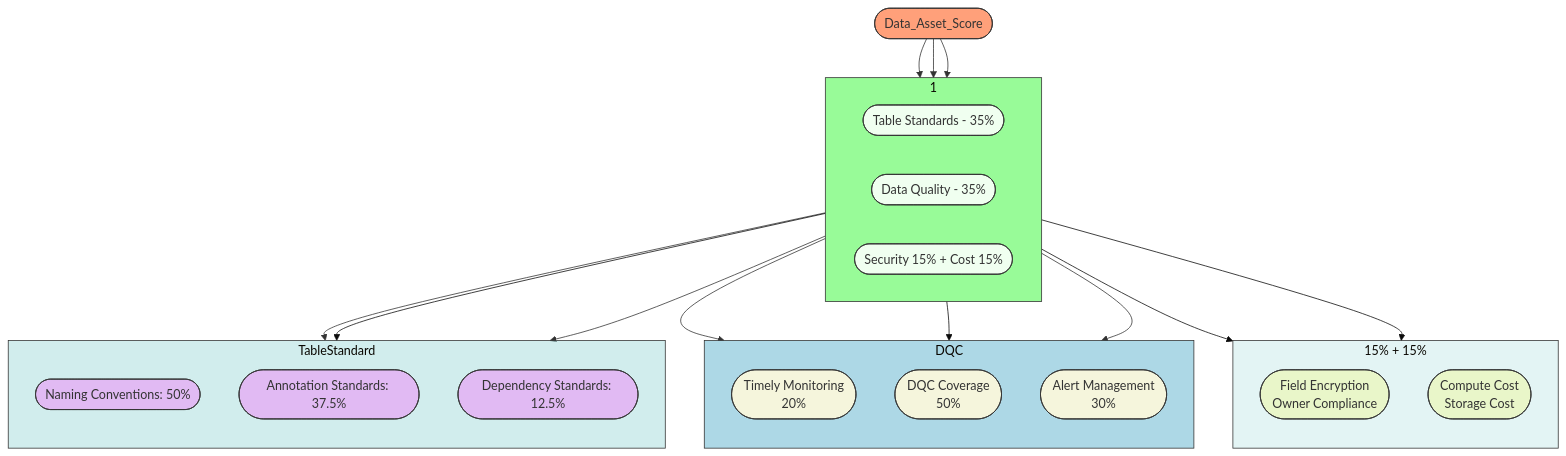
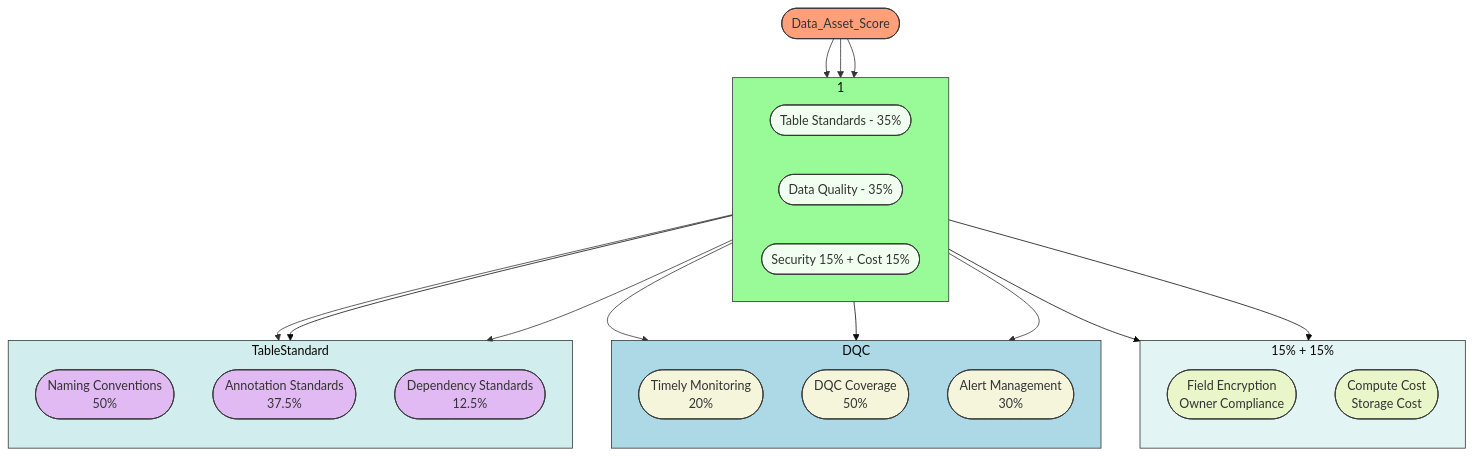
The first of 3 diagrams in README.md (blaire101/data-warehouse-solutions), drawn with Mermaid (base theme) before and after one commit.

````diff
--- a/README.md
+++ b/README.md
@@ -19,62 +19,62 @@
 ```mermaid
 flowchart TD
  subgraph SG_DataAssetScore["1"]
     direction LR
         DAS_A(["Table Standards - 35%"])
         DAS_B(["Data Quality - 35%"])
         DAS_C(["Security 15% + Cost 15%"])
   end
 
 
  subgraph DAS_SECO["15% + 15%"]
     direction TB
         SECO_A(["Field Encryption <br>Owner Compliance"])
         SECO_B(["Compute Cost <br>Storage Cost"])
  end
 
  subgraph DAS_DataQuality["DQC"]
     direction TB
         DQ_A(["Timely Monitoring <br> 20%"])
         DQ_B(["DQC Coverage <br> 50%"])
         DQ_C(["Alert Management <br> 30%"])
  end
 
 
  subgraph DAS_Standard["TableStandard"]
     direction TB
-        ST_A(["Naming Conventions: 50%"])
-        ST_B(["Annotation Standards: 37.5%"])
-        ST_C(["Dependency Standards: 12.5%"])
+        ST_A(["Naming Conventions <br> 50%"])
+        ST_B(["Annotation Standards <br> 37.5%"])
+        ST_C(["Dependency Standards <br> 12.5%"])
  end
 
 
     DAS(["Data_Asset_Score"]) --> DAS_A & DAS_B & DAS_C
     DAS_A --> ST_A & ST_B & ST_C
     DAS_B --> DQ_A & DQ_B & DQ_C
     DAS_C --> SECO_A & SECO_B
 
     style ST_A fill:#F0FFF0,stroke:#333,stroke-width:2px %% Keep very pale green
     style DAS_A fill:#F0FFF0,stroke:#333,stroke-width:2px %% Keep very pale green
     style DAS_B fill:#F0FFF0,stroke:#333,stroke-width:2px %% Keep very pale green
     style DAS_C fill:#F0FFF0,stroke:#333,stroke-width:2px %% Keep very pale green
     style DQ_A fill:#F5F5DC,stroke:#333,stroke-width:2px %% Keep beige
     style DQ_B fill:#F5F5DC,stroke:#333,stroke-width:2px %% Keep beige
     style DQ_C fill:#F5F5DC,stroke:#333,stroke-width:2px %% Keep beige
     style ST_A fill:#F5F5,stroke:#333,stroke-width:1px %% Keep beige
     style ST_B fill:#F5F5,stroke:#333,stroke-width:1px %% Keep beige
     style ST_C fill:#F5F5,stroke:#333,stroke-width:1px %% Keep beige
     style SECO_A fill:#FF23,stroke:#333,stroke-width:2px %% Keep beige
     style SECO_B fill:#FF23,stroke:#333,stroke-width:2px %% Keep beige
     style DAS fill:#FFA07A,stroke:#333,stroke-width:2px %% Adjusted to comfortable orange-yellow
     style SG_DataAssetScore fill:#98FB98,stroke:#333,stroke-width:2px %% Changed to light green
     style DAS_Standard fill:#ADD8,stroke:#333,stroke-width:2px %% Changed to light blue
     style DAS_DataQuality fill:#ADD8E6,stroke:#333,stroke-width:2px %% Changed to light blue
     style DAS_SECO fill:#ADD5,stroke:#333,stroke-width:1px %% Changed to light blue
     linkStyle 0 stroke:#333,stroke-width:1px,fill:none
     linkStyle 1 stroke:#333,stroke-width:1px,fill:none
     linkStyle 2 stroke:#333,stroke-width:1px,fill:none
     linkStyle 3 stroke:#333,stroke-width:1px,color:#000,fill:none
     linkStyle 5 stroke:#333,stroke-width:1px,fill:none
     linkStyle 6 stroke:#333,stroke-width:1px,fill:none
     linkStyle 8 stroke:#333,stroke-width:1px,fill:none 
 ```
````
